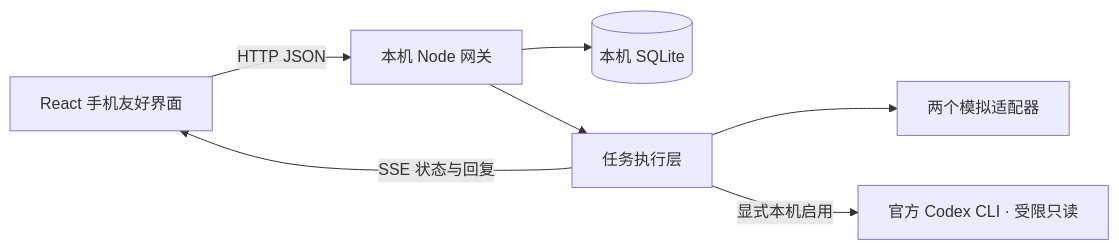
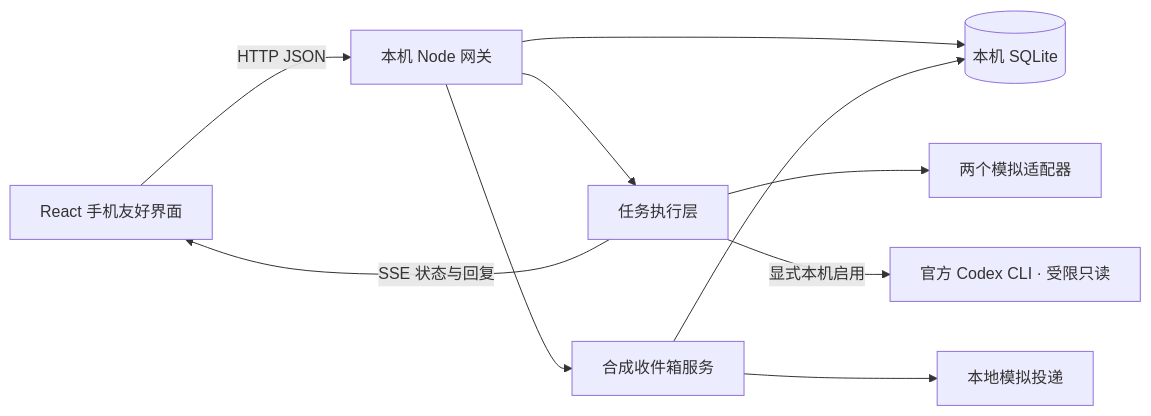
One commit to JohnShinsei/relaydesk changed the first of 2 diagrams in docs/architecture.md. Above: the diagram before and after it, drawn with Mermaid. The commit also changed other lines of this file and 18 other files, not shown here.

Commit message:
Add synthetic project inbox and explicit reply delivery flow

````diff
--- a/docs/architecture.md
+++ b/docs/architecture.md
@@ -7,9 +7,12 @@
 ```mermaid
 flowchart LR
   UI[React 手机友好界面] -->|HTTP JSON| API[本机 Node 网关]
   API --> DB[(本机 SQLite)]
   API --> Runner[任务执行层]
+  API --> Inbox[合成收件箱服务]
+  Inbox --> DB
+  Inbox --> MockDelivery[本地模拟投递]
   Runner --> Mock[两个模拟适配器]
   Runner -->|显式本机启用| Codex[官方 Codex CLI · 受限只读]
   Runner -->|SSE 状态与回复| UI
 ```
````
